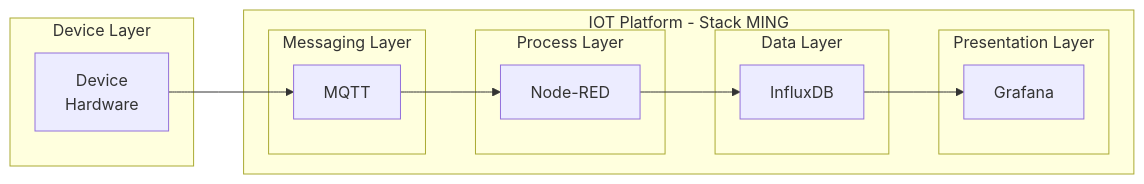
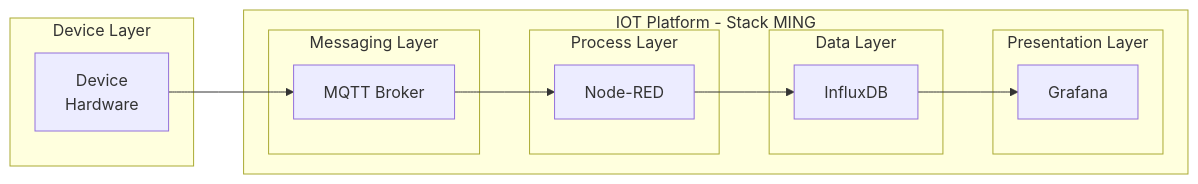
Before and after one commit to profAndreSouza/StackMing: the first of 2 diagrams in README.md, drawn with Mermaid. The commit also changed other lines of this file, not shown here.

````diff
--- a/README.md
+++ b/README.md
@@ -3,28 +3,28 @@
 ```mermaid
 flowchart LR
     subgraph Device Layer
         A[Device
         Hardware]
     end
     
     subgraph IOT Platform - Stack MING
 
         subgraph Messaging Layer
-            B[MQTT]
+            B[MQTT Broker]
         end
         subgraph Process Layer
             C[Node-RED]
         end
         subgraph Data Layer
             D[InfluxDB]
         end
         subgraph Presentation Layer
             E[Grafana]
         end
     end
 
     A --> B
     B --> C
     C --> D
     D --> E
 ```
````
